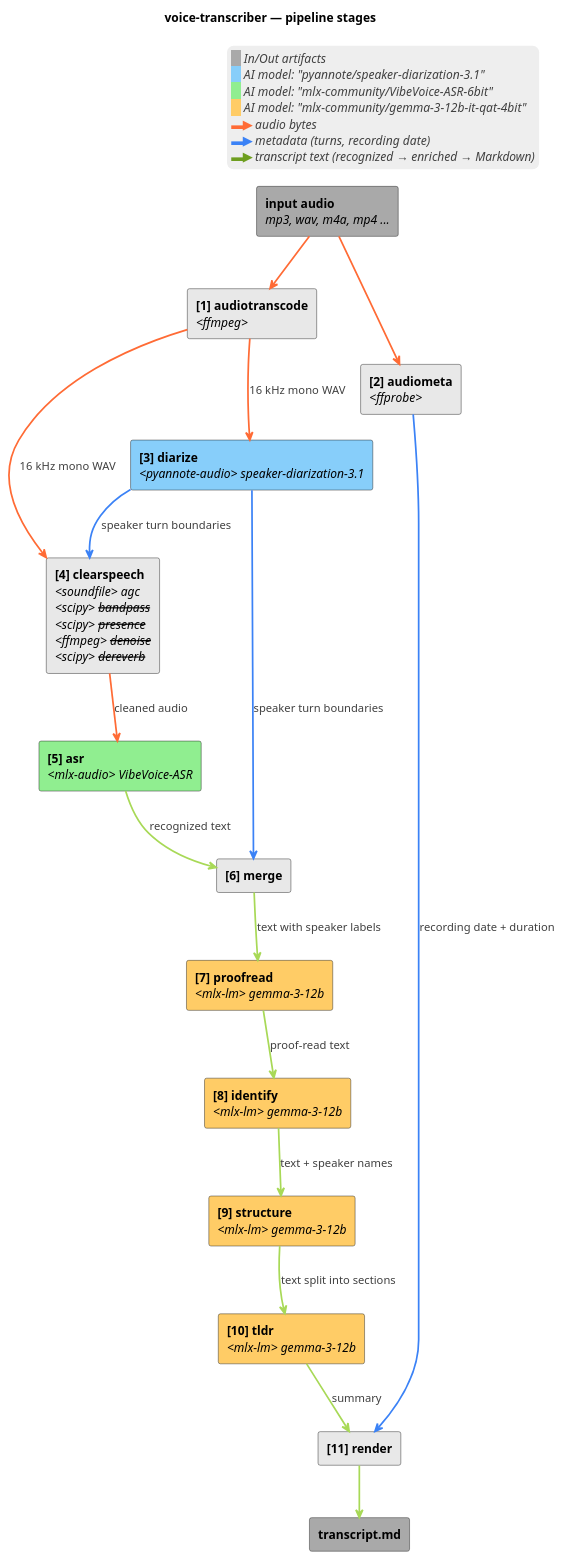
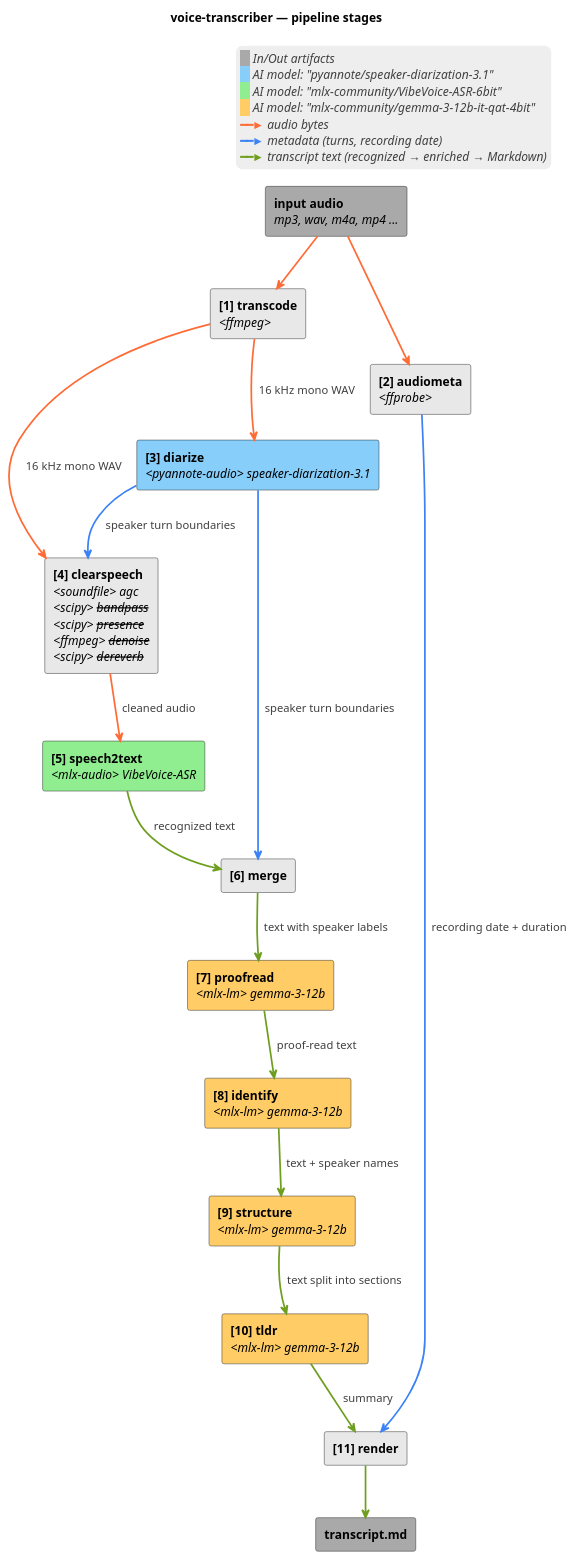
One commit to artem-from-ua/voice-transcriber changed the diagram in docs/architecture.md. Above: the diagram before and after it, drawn with PlantUML. The commit also changed other lines of this file and 12 other files, not shown here.

````diff
--- a/docs/architecture.md
+++ b/docs/architecture.md
@@ -63,54 +21,54 @@
 ```plantuml
 @startuml
 title voice-transcriber — pipeline stages
 skinparam componentStyle rectangle
 skinparam ArrowThickness 2
 skinparam legendBorderColor transparent
 skinparam legendBackgroundColor #EEEEEE
 
 [<b>input audio</b>\n<i>mp3, wav, m4a, mp4 ...</i>] as Input #A9A9A9
 [<b>transcript.md</b>] as Output #A9A9A9
 
-component "<b>[1] audiotranscode</b>\n<i><ffmpeg></i>" as WAV #E8E8E8
+component "<b>[1] transcode</b>\n<i><ffmpeg></i>" as WAV #E8E8E8
 component "<b>[2] audiometa</b>\n<i><ffprobe></i>" as FF #E8E8E8
 component "<b>[3] diarize</b>\n<i><pyannote-audio> speaker-diarization-3.1</i>" as Diar #87CEFA
 component "<b>[4] clearspeech</b>\n<i><soundfile> agc</i>\n<i><scipy> <s>bandpass</s></i>\n<i><scipy> <s>presence</s></i>\n<i><ffmpeg> <s>denoise</s></i>\n<i><scipy> <s>dereverb</s></i>" as CS #E8E8E8
-component "<b>[5] asr</b>\n<i><mlx-audio> VibeVoice-ASR</i>" as ASR #90EE90
+component "<b>[5] speech2text</b>\n<i><mlx-audio> VibeVoice-ASR</i>" as ASR #90EE90
 component "<b>[6] merge</b>" as Merge #E8E8E8
 component "<b>[7] proofread</b>\n<i><mlx-lm> gemma-3-12b</i>" as Post #FFCC66
 component "<b>[8] identify</b>\n<i><mlx-lm> gemma-3-12b</i>" as Ident #FFCC66
 component "<b>[9] structure</b>\n<i><mlx-lm> gemma-3-12b</i>" as Struct #FFCC66
 component "<b>[10] tldr</b>\n<i><mlx-lm> gemma-3-12b</i>" as TLDR #FFCC66
 component "<b>[11] render</b>" as Render #E8E8E8
 
 Input -[#FF6B35]-> FF
 Input -[#FF6B35]-> WAV
 
-WAV -[#FF6B35]-> Diar : <color:#404040>16 kHz mono WAV</color>
-WAV -[#FF6B35]-> CS : <color:#404040>16 kHz mono WAV</color>
-Diar -[#3B82F6]-> CS : <color:#404040>speaker turn boundaries</color>
-CS -[#FF6B35]-> ASR : <color:#404040>cleaned audio</color>
+WAV -[#FF6B35]-> Diar : <color:#404040>  16 kHz mono WAV</color>
+WAV -[#FF6B35]-> CS : <color:#404040>  16 kHz mono WAV</color>
+Diar -[#3B82F6]-> CS : <color:#404040>  speaker turn boundaries</color>
+CS -[#FF6B35]-> ASR : <color:#404040>  cleaned audio</color>
 
-ASR -[#A8D957]-> Merge : <color:#404040>recognized text</color>
-Diar -[#3B82F6]-> Merge : <color:#404040>speaker turn boundaries</color>
+ASR -[#6E9E1F]-> Merge : <color:#404040>  recognized text</color>
+Diar -[#3B82F6]-> Merge : <color:#404040>  speaker turn boundaries</color>
 
-Merge -[#A8D957]-> Post : <color:#404040>text with speaker labels</color>
-Post -[#A8D957]-> Ident : <color:#404040>proof-read text</color>
-Ident -[#A8D957]-> Struct : <color:#404040>text + speaker names</color>
-Struct -[#A8D957]-> TLDR : <color:#404040>text split into sections</color>
+Merge -[#6E9E1F]-> Post : <color:#404040>  text with speaker labels</color>
+Post -[#6E9E1F]-> Ident : <color:#404040>  proof-read text</color>
+Ident -[#6E9E1F]-> Struct : <color:#404040>  text + speaker names</color>
+Struct -[#6E9E1F]-> TLDR : <color:#404040>  text split into sections</color>
 
-FF -[#3B82F6]-> Render : <color:#404040>recording date + duration</color>
-TLDR -[#A8D957]-> Render : <color:#404040>summary</color>
-Render -[#A8D957]-> Output
+FF -[#3B82F6]-> Render : <color:#404040>  recording date + duration</color>
+TLDR -[#6E9E1F]-> Render : <color:#404040>  summary</color>
+Render -[#6E9E1F]-> Output
 
 legend top right
   <back:#A9A9A9>   </back> <i><color:#404040>In/Out artifacts</color></i>
   <back:#87CEFA>   </back> <i><color:#404040>AI model: "pyannote/speaker-diarization-3.1"</color></i>
   <back:#90EE90>   </back> <i><color:#404040>AI model: "mlx-community/VibeVoice-ASR-6bit"</color></i>
   <back:#FFCC66>   </back> <i><color:#404040>AI model: "mlx-community/gemma-3-12b-it-qat-4bit"</color></i>
-  <color:#FF6B35>**▬▶**</color> <i><color:#404040>audio bytes</color></i>
-  <color:#3B82F6>**▬▶**</color> <i><color:#404040>metadata (turns, recording date)</color></i>
-  <color:#6E9E1F>**▬▶**</color> <i><color:#404040>transcript text (recognized → enriched → Markdown)</color></i>
+  <color:#FF6B35>━━►</color> <i><color:#404040>audio bytes</color></i>
+  <color:#3B82F6>━━►</color> <i><color:#404040>metadata (turns, recording date)</color></i>
+  <color:#6E9E1F>━━►</color> <i><color:#404040>transcript text (recognized → enriched → Markdown)</color></i>
 end legend
 @enduml
 ```
````
